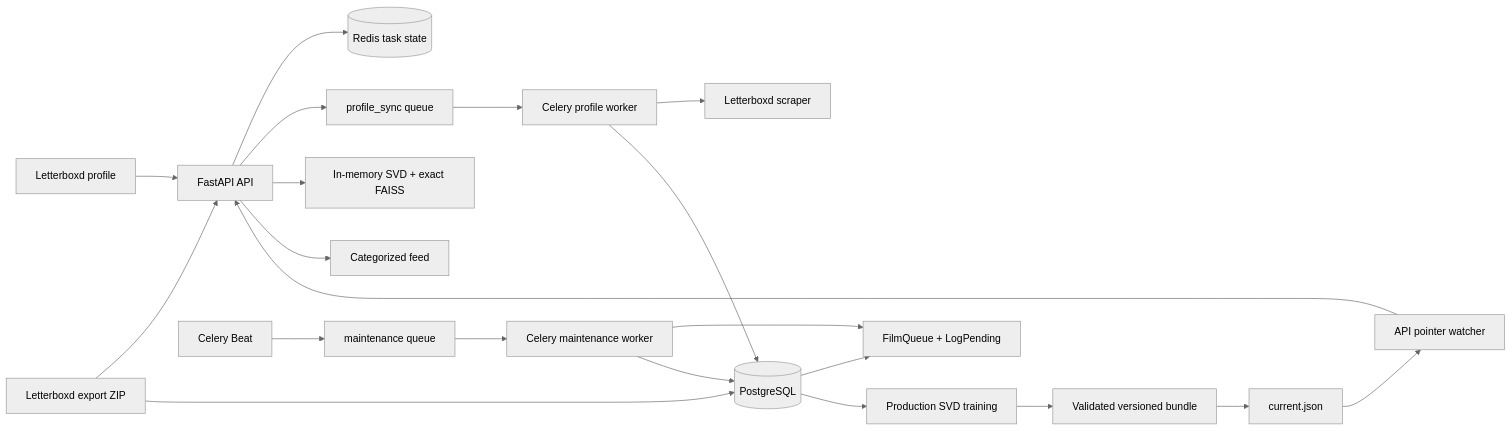
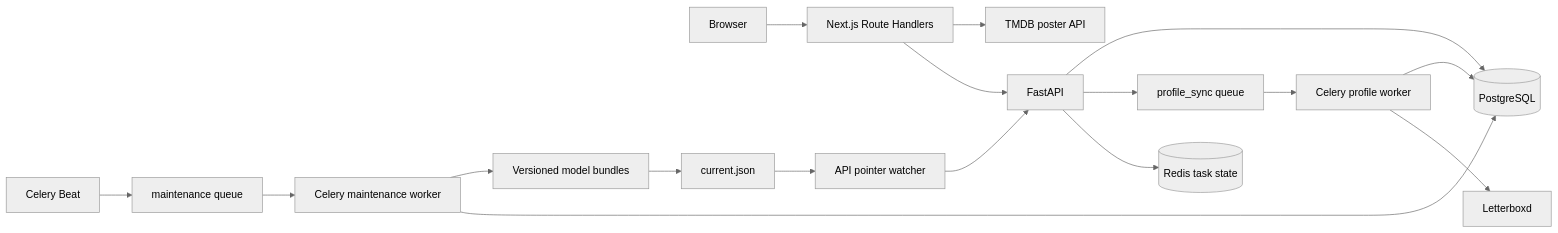
Before and after one commit to cauafsantosdev/nexdwatch: the diagram in docs/architecture.md, drawn with Mermaid (neutral theme). The commit also changed other lines of this file and 15 other files, not shown here.

````diff
--- a/docs/architecture.md
+++ b/docs/architecture.md
@@ -7,23 +5,19 @@
 ```mermaid
 flowchart LR
-    LB[Letterboxd profile] --> API[FastAPI API]
-    ZIP[Letterboxd export ZIP] --> API
-    API --> TS[(Redis task state)]
-    API --> PSQ[profile_sync queue]
-    PSQ --> PW[Celery profile worker]
-    PW --> SCR[Letterboxd scraper]
-    PW --> DB[(PostgreSQL)]
-    ZIP --> DB
-    DB --> FQ[FilmQueue + LogPending]
-    BEAT[Celery Beat] --> MQ[maintenance queue]
-    MQ --> MW[Celery maintenance worker]
-    MW --> FQ
-    MW --> DB
-    DB --> TRAIN[Production SVD training]
-    TRAIN --> BUNDLE[Validated versioned bundle]
-    BUNDLE --> POINTER[current.json]
-    POINTER --> WATCH[API pointer watcher]
-    WATCH --> API
-    API --> FAISS[In-memory SVD + exact FAISS]
-    API --> FEED[Categorized feed]
+    Browser[Browser] --> BFF[Next.js Route Handlers]
+    BFF --> API[FastAPI]
+    BFF --> TMDB[TMDB poster API]
+    API --> TaskState[(Redis task state)]
+    API --> ProfileQueue[profile_sync queue]
+    ProfileQueue --> ProfileWorker[Celery profile worker]
+    ProfileWorker --> Letterboxd[Letterboxd]
+    ProfileWorker --> DB[(PostgreSQL)]
+    API --> DB
+    Beat[Celery Beat] --> MaintenanceQueue[maintenance queue]
+    MaintenanceQueue --> MaintenanceWorker[Celery maintenance worker]
+    MaintenanceWorker --> DB
+    MaintenanceWorker --> Bundles[Versioned model bundles]
+    Bundles --> Pointer[current.json]
+    Pointer --> Watcher[API pointer watcher]
+    Watcher --> API
 ```
````
